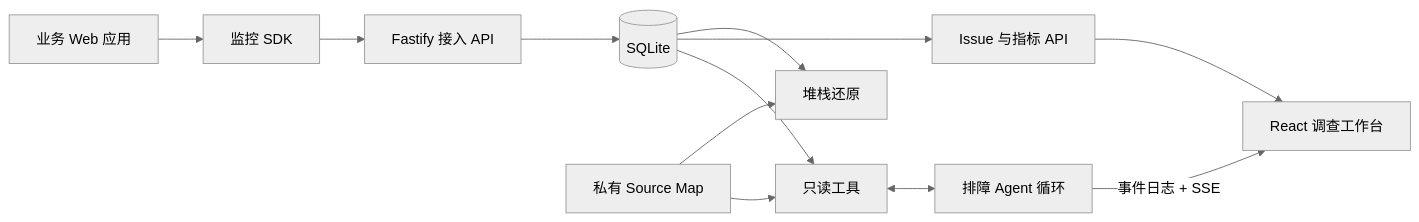
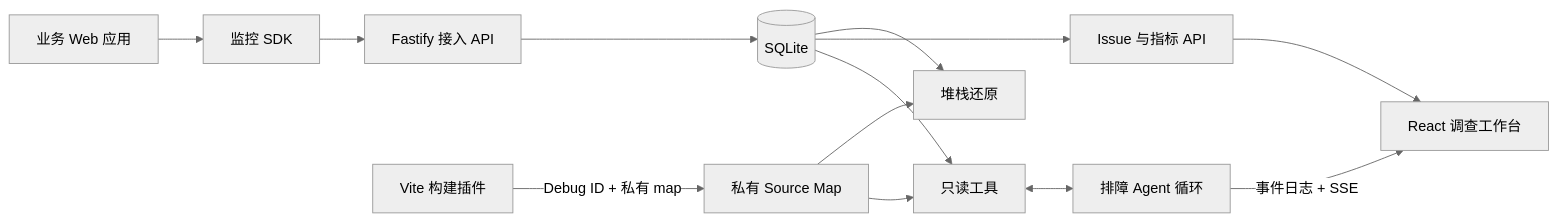
The diagram in README.md (guiwzh/tracepilot), drawn with Mermaid (neutral theme) before and after one commit. The commit also changed other lines of this file and 39 other files, not shown here.

First line of the commit message:
feat: Debug ID 关联产物与 Source Map，新增 Vite 构建插件

````diff
--- a/README.md
+++ b/README.md
@@ -243,14 +248,15 @@
 ```mermaid
 flowchart LR
   App[业务 Web 应用] --> SDK[监控 SDK]
   SDK --> Ingest[Fastify 接入 API]
   Ingest --> DB[(SQLite)]
-  Maps[私有 Source Map] --> Symbolicate[堆栈还原]
+  Build[Vite 构建插件] -- Debug ID + 私有 map --> Maps[私有 Source Map]
+  Maps --> Symbolicate[堆栈还原]
   DB --> Symbolicate
   DB --> Query[Issue 与指标 API]
   Query --> UI[React 调查工作台]
   DB --> Tools[只读工具]
   Maps --> Tools
   Tools <--> Agent[排障 Agent 循环]
   Agent -- 事件日志 + SSE --> UI
 ```
````
